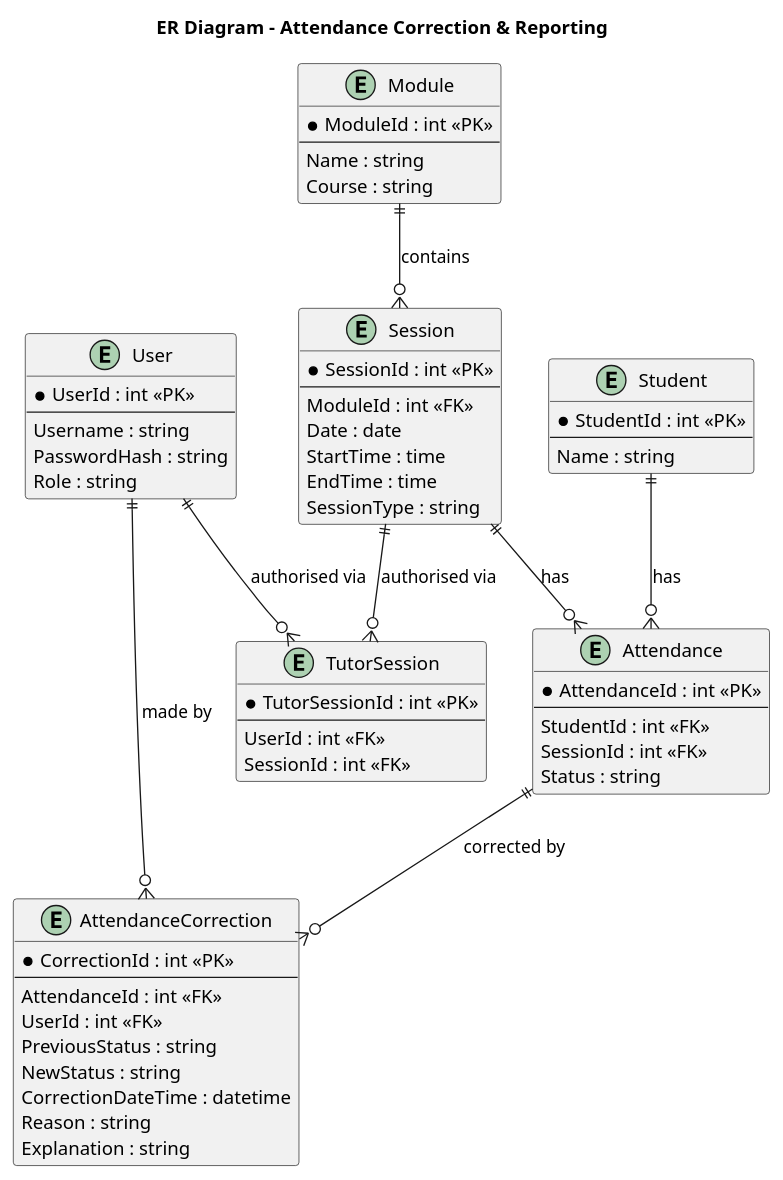
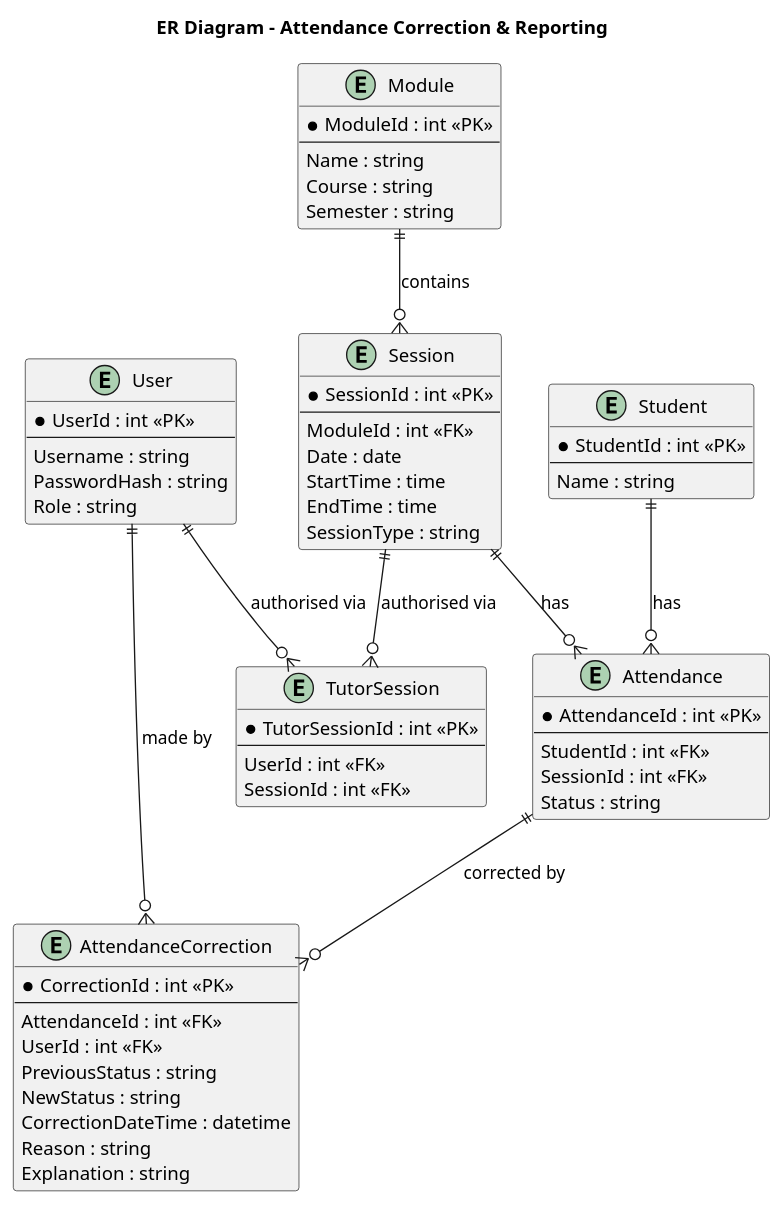
Before and after one commit to Shelly855/attendance-monitoring-copy: the diagram in diagrams/er-diagram.puml, drawn with PlantUML. The commit also changed 6 other files, not shown here.

Commit message:
diagrams

```diff
--- a/diagrams/er-diagram.puml
+++ b/diagrams/er-diagram.puml
@@ -1,70 +1,71 @@
 @startuml AttendanceMonitoringSystemERDiagram
 title ER Diagram - Attendance Correction & Reporting
 
 entity "User" as User {
   * UserId : int <<PK>>
   --
   Username : string
   PasswordHash : string
   Role : string
 }
 
 entity "Student" as Student {
   * StudentId : int <<PK>>
   --
   Name : string
 }
 
 entity "Module" as Module {
   * ModuleId : int <<PK>>
   --
   Name : string
   Course : string
+  Semester : string
 }
 
 entity "Session" as Session {
   * SessionId : int <<PK>>
   --
   ModuleId : int <<FK>>
   Date : date
   StartTime : time
   EndTime : time
   SessionType : string
 }
 
 entity "Attendance" as Attendance {
   * AttendanceId : int <<PK>>
   --
   StudentId : int <<FK>>
   SessionId : int <<FK>>
   Status : string
 }
 
 entity "AttendanceCorrection" as AttendanceCorrection {
   * CorrectionId : int <<PK>>
   --
   AttendanceId : int <<FK>>
   UserId : int <<FK>>
   PreviousStatus : string
   NewStatus : string
   CorrectionDateTime : datetime
   Reason : string
   Explanation : string
 }
 
 entity "TutorSession" as TutorSession {
   * TutorSessionId : int <<PK>>
   --
   UserId : int <<FK>>
   SessionId : int <<FK>>
 }
 
 Module ||--o{ Session : contains
 Student ||--o{ Attendance : has
 Session ||--o{ Attendance : has
 Attendance ||--o{ AttendanceCorrection : "corrected by"
 User ||--o{ AttendanceCorrection : "made by"
 User ||--o{ TutorSession : "authorised via"
 Session ||--o{ TutorSession : "authorised via"
 
 @enduml
```
